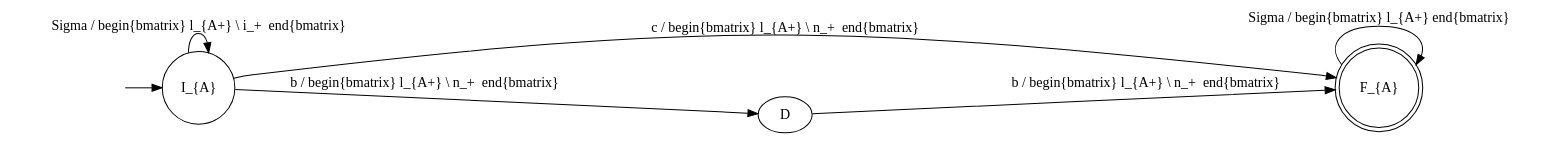
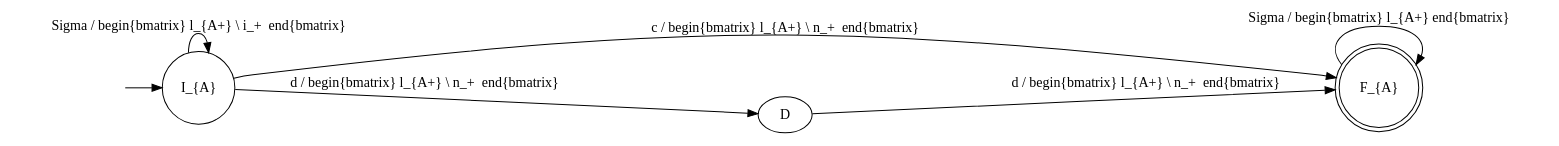
One commit to amandasystems/incremental-parikh-images changed the diagram in a.dot. Above: the diagram before and after it, drawn with Graphviz. The commit also changed 4 other files, not shown here.

Commit message:
Fix numbers issues, new graph

```diff
--- a/a.dot
+++ b/a.dot
@@ -1,15 +1,15 @@
 digraph Automaton {rankdir = LR;
 initial [shape=plaintext,label=""];
 initial -> S;
 C [shape=doublecircle,label="F_{A}"];
 
 C -> C [label="\Sigma / \begin{bmatrix} l_{A+} \end{bmatrix}"]
 
 S [shape=circle,label="I_{A}"];
 S -> S [label="\Sigma / \begin{bmatrix} l_{A+} \\ i_+  \end{bmatrix}"]
 
 S -> C [label="c / \begin{bmatrix} l_{A+} \\ n_+  \end{bmatrix}"]
 
-S -> D [label="b / \begin{bmatrix} l_{A+} \\ n_+  \end{bmatrix}"]
-D -> C [label="b / \begin{bmatrix} l_{A+} \\ n_+  \end{bmatrix}"]
+S -> D [label="d / \begin{bmatrix} l_{A+} \\ n_+  \end{bmatrix}"]
+D -> C [label="d / \begin{bmatrix} l_{A+} \\ n_+  \end{bmatrix}"]
 }
```
